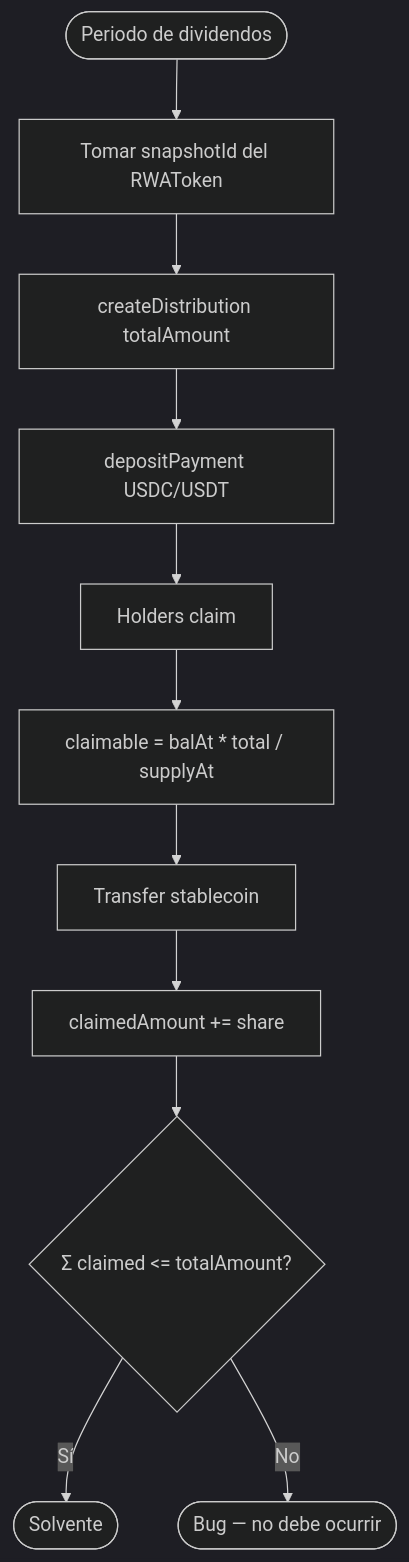
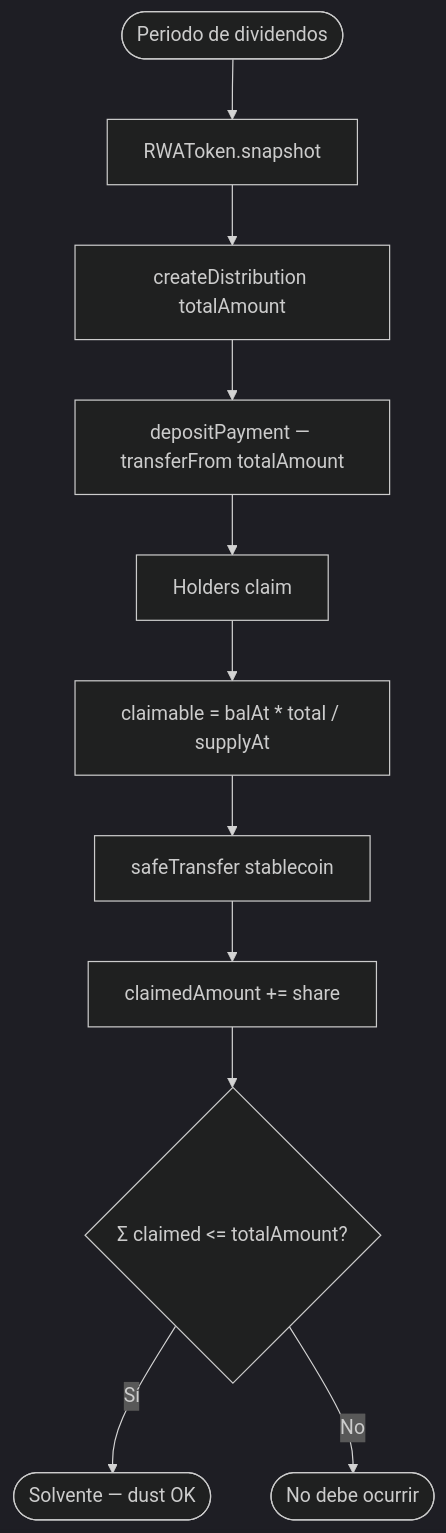
The fifth of 6 diagrams in doc/flujograma.md (rastrahm/rwa-tokenization), drawn with Mermaid (dark theme) before and after one commit. The commit also changed other lines of this file and 7 other files, not shown here.

````diff
--- a/doc/flujograma.md
+++ b/doc/flujograma.md
@@ -105,13 +110,13 @@
 ```mermaid
 flowchart TD
-    Start([Periodo de dividendos]) --> Snap[Tomar snapshotId del RWAToken]
+    Start([Periodo de dividendos]) --> Snap[RWAToken.snapshot]
     Snap --> Create[createDistribution totalAmount]
-    Create --> Fund[depositPayment USDC/USDT]
+    Create --> Fund[depositPayment — transferFrom totalAmount]
     Fund --> Loop[Holders claim]
     Loop --> Calc[claimable = balAt * total / supplyAt]
-    Calc --> Pay[Transfer stablecoin]
+    Calc --> Pay[safeTransfer stablecoin]
     Pay --> Acc[claimedAmount += share]
     Acc --> Inv{Σ claimed <= totalAmount?}
-    Inv -->|Sí| Ok([Solvente])
-    Inv -->|No| Bug([Bug — no debe ocurrir])
+    Inv -->|Sí| Ok([Solvente — dust OK])
+    Inv -->|No| Bug([No debe ocurrir])
 ```
````
